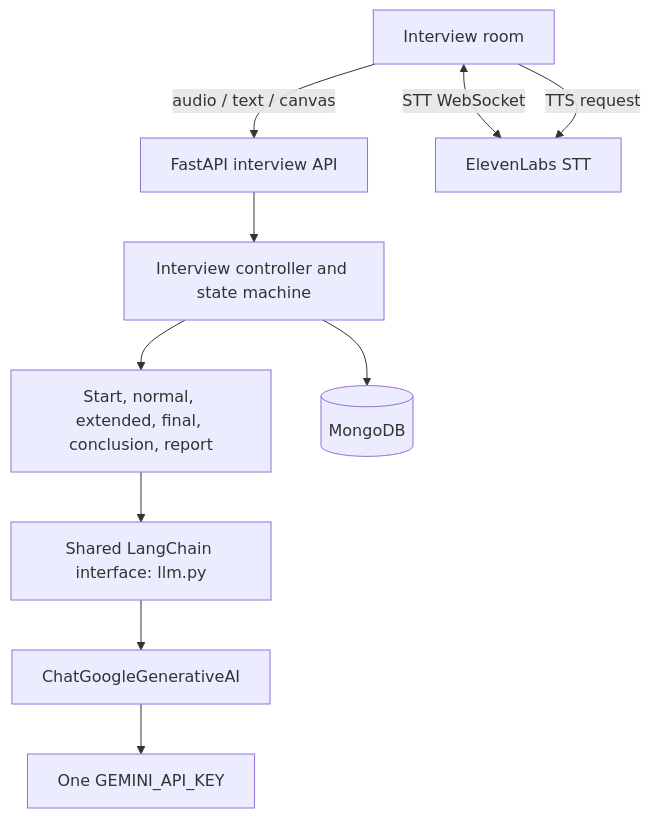
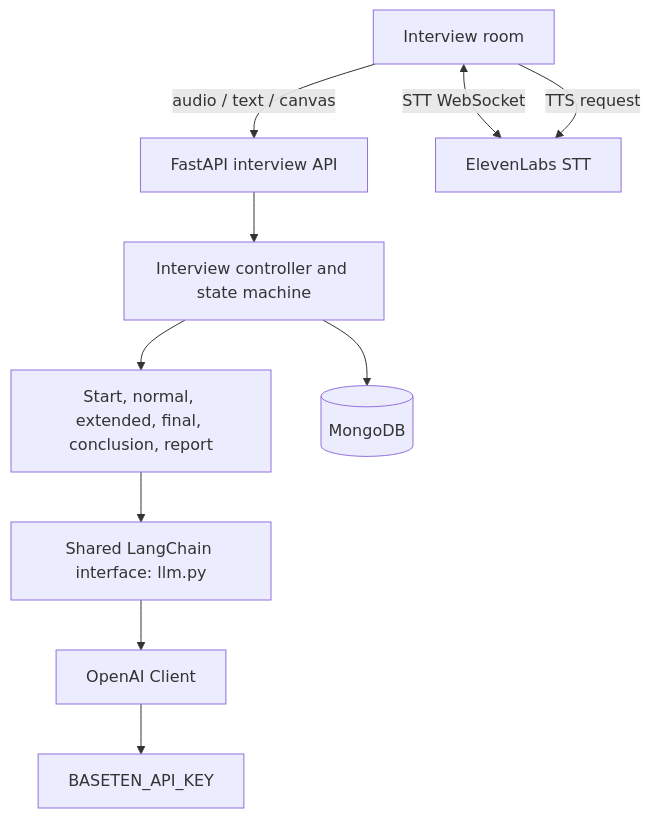
Before and after one commit to kajaredhruv433/momentum-ai: the diagram in README.md, drawn with Mermaid. The commit also changed other lines of this file and 18 other files, not shown here.

Commit message:
feat: replace Gemini API with Baseten OpenAI-compatible LLM inference

````diff
--- a/README.md
+++ b/README.md
@@ -42,12 +42,12 @@
 ```mermaid
 flowchart TD
     Browser[Interview room] -->|audio / text / canvas| API[FastAPI interview API]
     API --> Controller[Interview controller and state machine]
     Controller --> Stages[Start, normal, extended, final, conclusion, report]
     Stages --> LLM[Shared LangChain interface: llm.py]
-    LLM --> Gemini[ChatGoogleGenerativeAI]
-    Gemini --> Key[One GEMINI_API_KEY]
+    LLM --> Baseten[OpenAI Client]
+    Baseten --> Key[BASETEN_API_KEY]
     Controller --> DB[(MongoDB)]
     Browser <-->|STT WebSocket| Eleven[ElevenLabs STT]
     Browser -->|TTS request| Eleven
 ```
````
